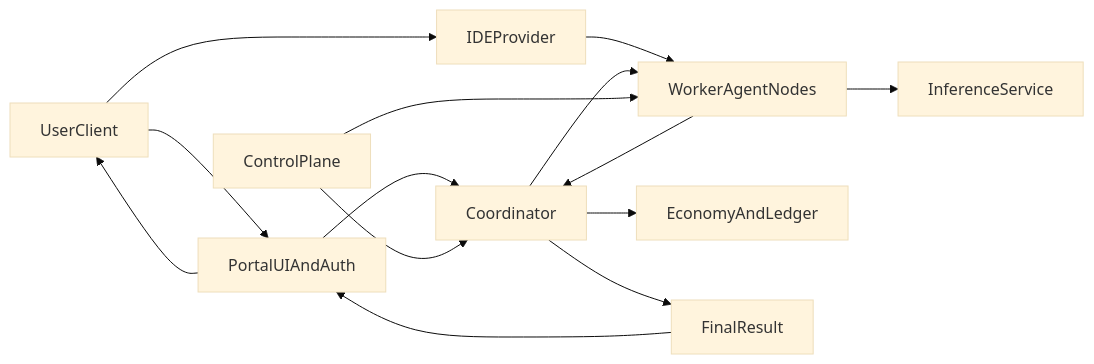
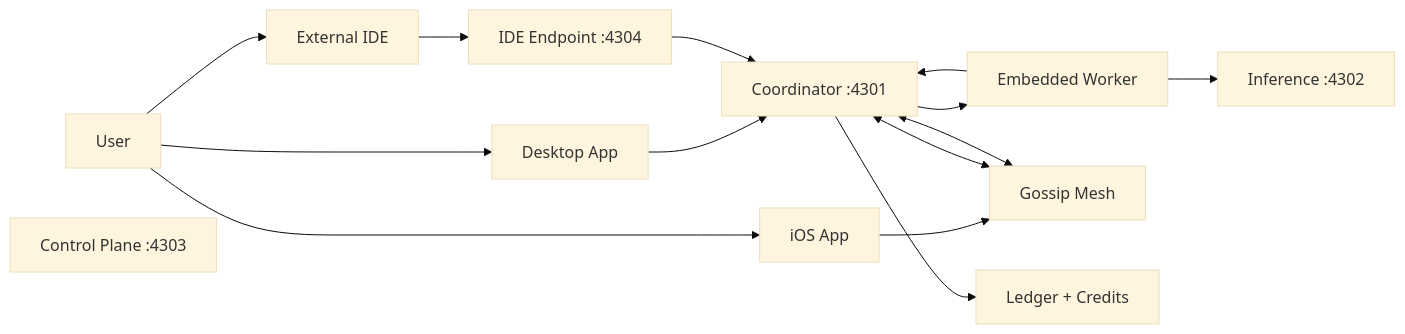
The diagram in site-docs/guide/how-edgecoder-works.md (codyrs82/Edgecoder), drawn with Mermaid (base theme) before and after one commit. The commit also changed other lines of this file and 141 other files, not shown here.

````diff
--- a/site-docs/guide/how-edgecoder-works.md
+++ b/site-docs/guide/how-edgecoder-works.md
@@ -73,26 +61,27 @@
 ```mermaid
 flowchart LR
-  user[UserClient]
-  portal[PortalUIAndAuth]
-  ide[IDEProvider]
-  coordinator[Coordinator]
-  workers[WorkerAgentNodes]
-  inference[InferenceService]
-  control[ControlPlane]
-  economy[EconomyAndLedger]
-  result[FinalResult]
+  user[User]
+  desktop[Desktop App]
+  ide[External IDE]
+  ios[iOS App]
+  coord[Coordinator :4301]
+  worker[Embedded Worker]
+  inference[Inference :4302]
+  control[Control Plane :4303]
+  ideport[IDE Endpoint :4304]
+  mesh[Gossip Mesh]
+  ledger[Ledger + Credits]
 
-  user --> portal
+  user --> desktop
   user --> ide
-  ide --> workers
-  portal --> coordinator
-  coordinator --> workers
-  workers --> inference
-  workers --> coordinator
-  control --> coordinator
-  control --> workers
-  coordinator --> economy
-  coordinator --> result
-  result --> portal
-  portal --> user
+  user --> ios
+  desktop --> coord
+  ide --> ideport --> coord
+  ios --> mesh
+  coord --> worker
+  worker --> inference
+  coord <--> mesh
+  mesh <--> coord
+  coord --> ledger
+  worker --> coord
 ```
````
